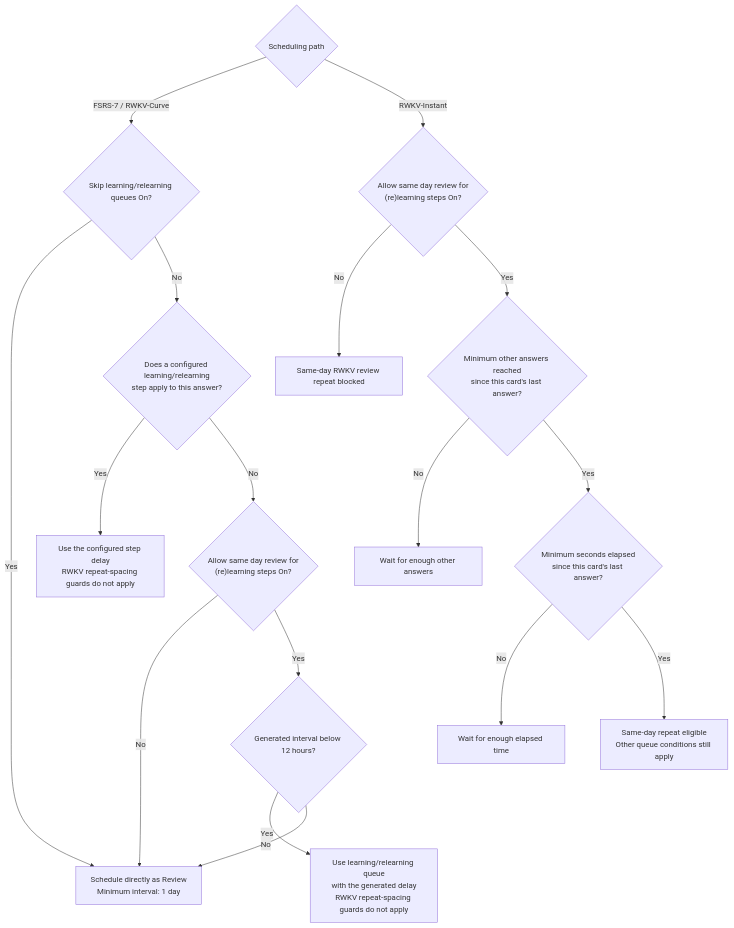
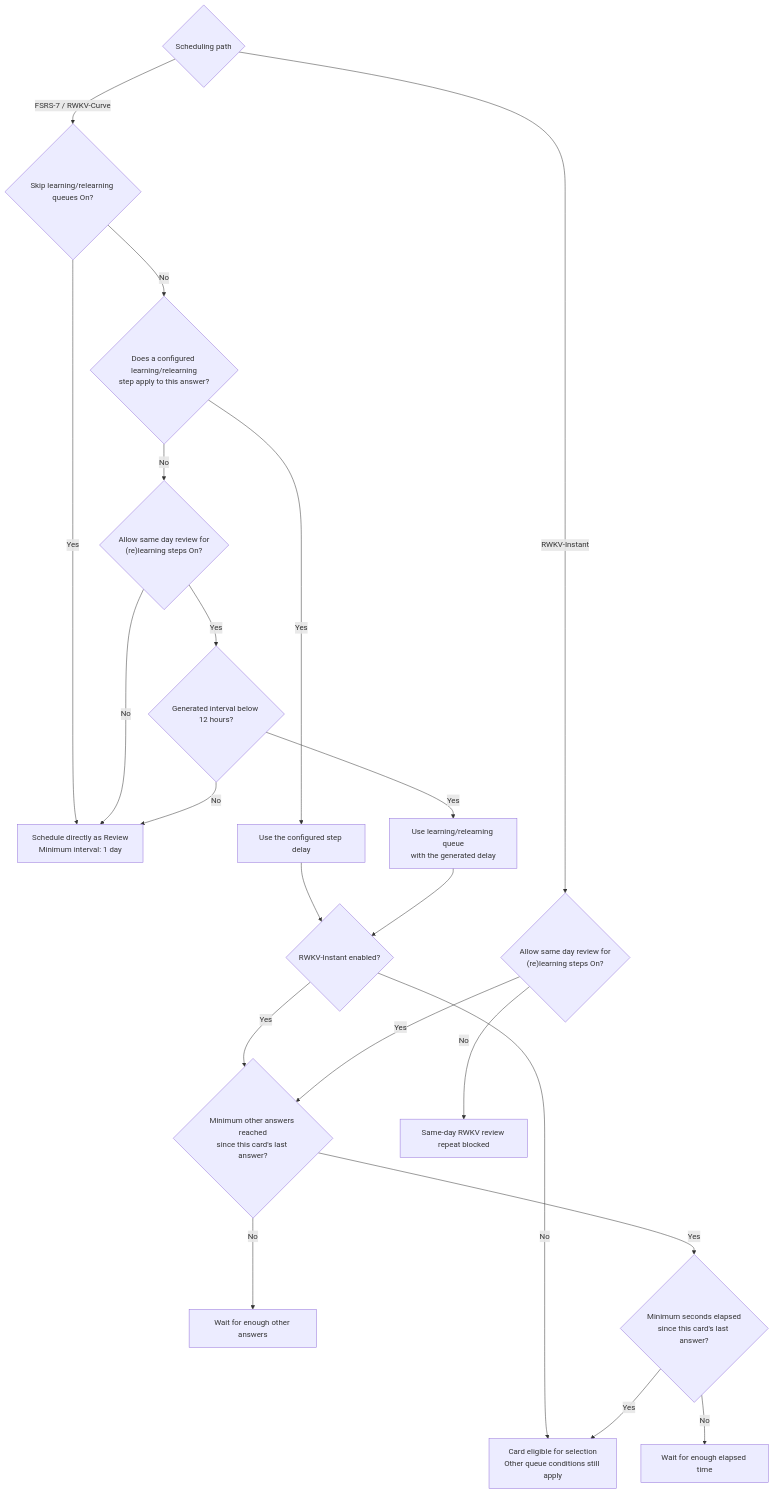
One commit to JSchoreels/anki changed the diagram in RWKV_FAQ.md. Above: the diagram before and after it, drawn with Mermaid. The commit also changed other lines of this file and 10 other files, not shown here.

Commit message:
Enforce RWKV repeat spacing on learning cards

````diff
--- a/RWKV_FAQ.md
+++ b/RWKV_FAQ.md
@@ -276,22 +277,27 @@
 ```mermaid
 flowchart TD
     A{"Scheduling path"}
 
     A -->|FSRS-7 / RWKV-Curve| B{"Skip learning/relearning queues On?"}
     B -->|Yes| C["Schedule directly as Review<br/>Minimum interval: 1 day"]
     B -->|No| D{"Does a configured learning/relearning<br/>step apply to this answer?"}
-    D -->|Yes| E["Use the configured step delay<br/>RWKV repeat-spacing guards do not apply"]
+    D -->|Yes| E["Use the configured step delay"]
     D -->|No| F{"Allow same day review for<br/>(re)learning steps On?"}
     F -->|No| C
     F -->|Yes| G{"Generated interval below 12 hours?"}
-    G -->|Yes| H["Use learning/relearning queue<br/>with the generated delay<br/>RWKV repeat-spacing guards do not apply"]
+    G -->|Yes| H["Use learning/relearning queue<br/>with the generated delay"]
     G -->|No| C
+
+    E --> Q{"RWKV-Instant enabled?"}
+    H --> Q
+    Q -->|No| P
+    Q -->|Yes| L
 
     A -->|RWKV-Instant| I{"Allow same day review for<br/>(re)learning steps On?"}
     I -->|No| J["Same-day RWKV review repeat blocked"]
     I -->|Yes| L{"Minimum other answers reached<br/>since this card's last answer?"}
     L -->|No| M["Wait for enough other answers"]
     L -->|Yes| N{"Minimum seconds elapsed<br/>since this card's last answer?"}
     N -->|No| O["Wait for enough elapsed time"]
-    N -->|Yes| P["Same-day repeat eligible<br/>Other queue conditions still apply"]
+    N -->|Yes| P["Card eligible for selection<br/>Other queue conditions still apply"]
 ```
````
